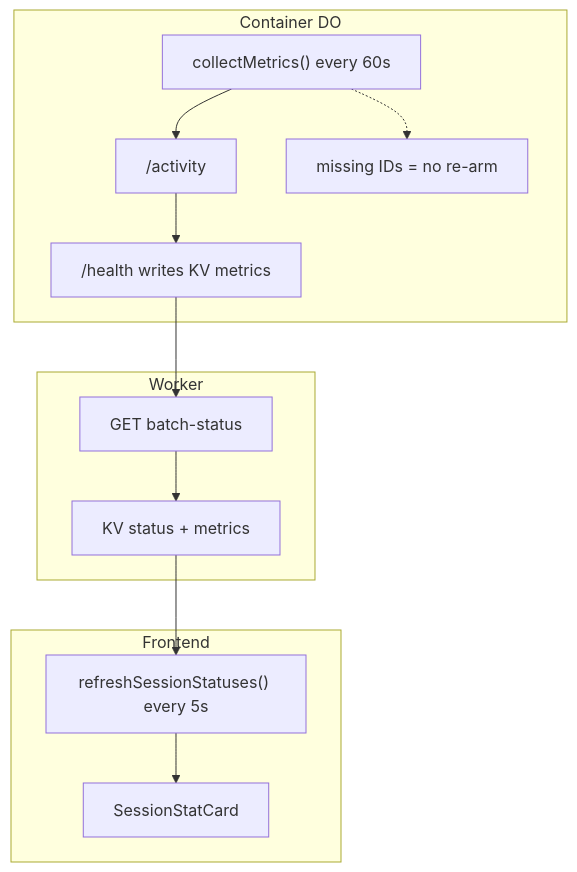
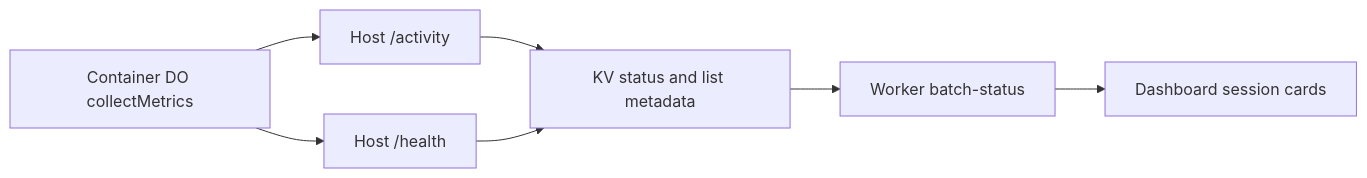
Before and after one commit to nikolanovoselec/codeflare: the fifth of 10 diagrams in documentation/lanes/architecture.md, drawn with Mermaid. The commit also changed other lines of this file and 360 other files, not shown here.

````diff
--- a/documentation/lanes/architecture.md
+++ b/documentation/lanes/architecture.md
@@ -575,16 +503,9 @@
 ```mermaid
-flowchart TD
-    subgraph ContainerDO["Container DO"]
-        A["collectMetrics() every 60s"] --> B["/activity"]
-        B --> C["/health writes KV metrics"]
-        A -.-> D["missing IDs = no re-arm"]
-    end
-    subgraph Worker["Worker"]
-        E["GET batch-status"] --> F["KV status + metrics"]
-    end
-    subgraph Frontend["Frontend"]
-        G["refreshSessionStatuses() every 5s"] --> H["SessionStatCard"]
-    end
-    C --> E
-    F --> G
+flowchart LR
+    DO["Container DO collectMetrics"] --> A["Host /activity"]
+    DO --> H["Host /health"]
+    A --> KV["KV status and list metadata"]
+    H --> KV
+    KV --> W["Worker batch-status"]
+    W --> F["Dashboard session cards"]
 ```
````
